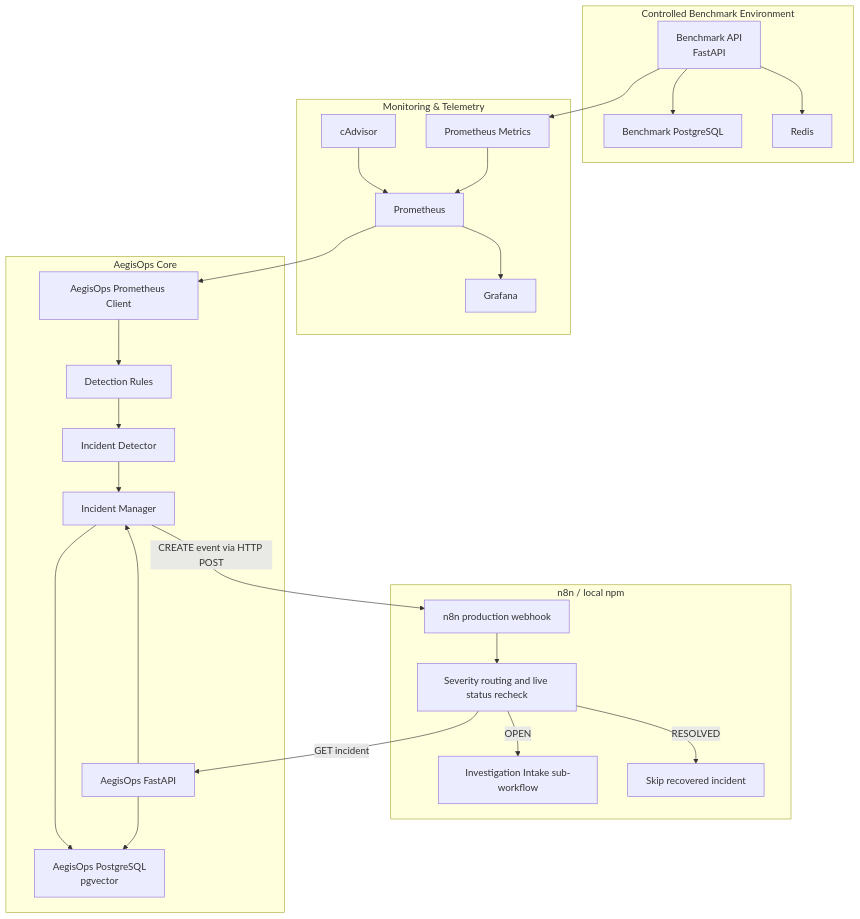
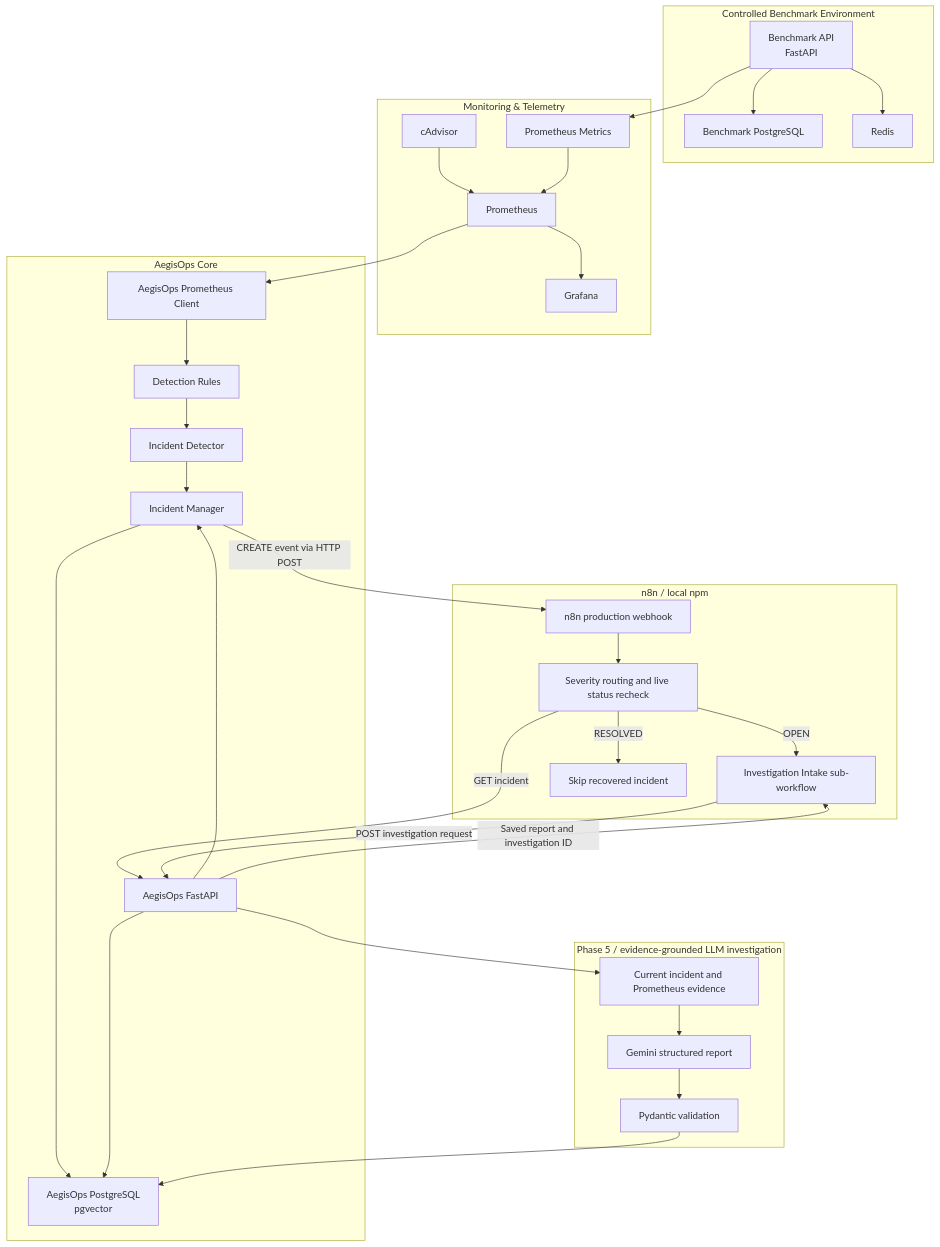
The diagram in README.md (ushalabs/AegisOps), drawn with Mermaid before and after one commit. The commit also changed other lines of this file and 13 other files, not shown here.

Commit message:
Phase 5: LLM Integration

````diff
--- a/README.md
+++ b/README.md
@@ -14,53 +14,65 @@
 ```mermaid
 flowchart TD
     A[Benchmark API<br/>FastAPI] --> B[Benchmark PostgreSQL]
     A --> C[Redis]
     A --> D[Prometheus Metrics]
 
     E[cAdvisor] --> F[Prometheus]
     D --> F
     F --> G[Grafana]
 
     F --> H[AegisOps Prometheus Client]
     H --> I[Detection Rules]
     I --> J[Incident Detector]
     J --> K[Incident Manager]
     K --> L[AegisOps PostgreSQL<br/>pgvector]
 
     M[AegisOps FastAPI] --> K
     M --> L
     K -->|CREATE event via HTTP POST| O[n8n production webhook]
     O --> P[Severity routing and live status recheck]
     P -->|OPEN| Q[Investigation Intake sub-workflow]
     P -->|RESOLVED| R[Skip recovered incident]
     P -->|GET incident| M
+    Q -->|POST investigation request| M
+    M --> S[Current incident and Prometheus evidence]
+    S --> T[Gemini structured report]
+    T --> U[Pydantic validation]
+    U --> L
+    M -->|Saved report and investigation ID| Q
 
     subgraph Benchmark["Controlled Benchmark Environment"]
         A
         B
         C
     end
 
     subgraph Observability["Monitoring & Telemetry"]
         D
         E
         F
         G
     end
 
     subgraph Orchestration["n8n / local npm"]
         O
         P
         Q
         R
     end
 
+    subgraph Investigation["Phase 5 / evidence-grounded LLM investigation"]
+        S
+        T
+        U
+    end
+
     subgraph Core["AegisOps Core"]
         H
         I
         J
         K
         L
         M
     end
 ```
````
